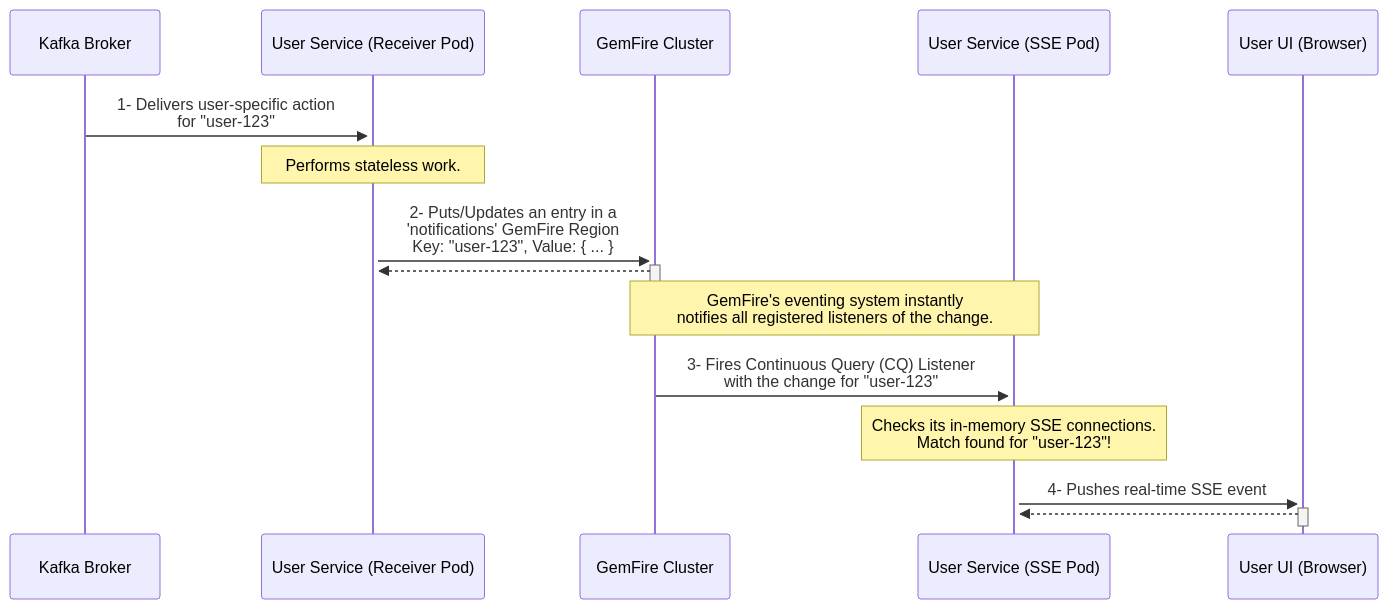
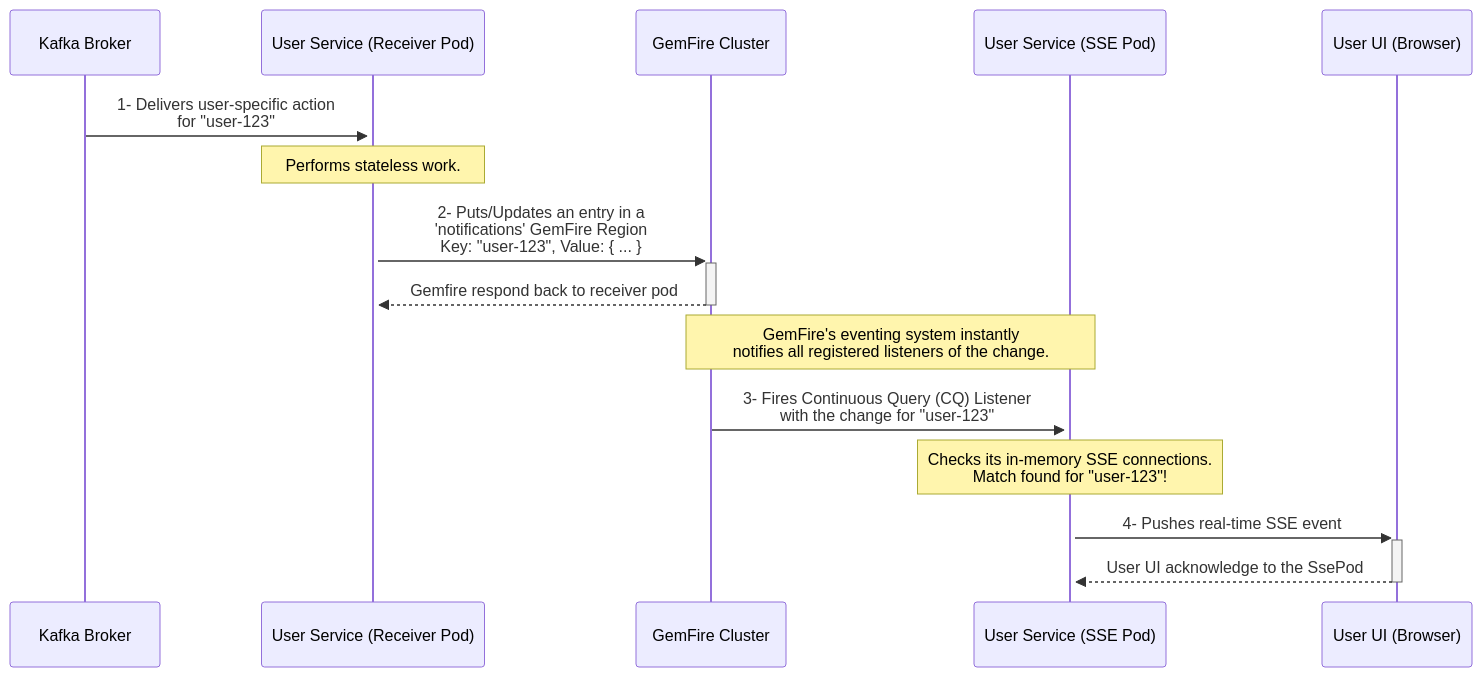
The diagram in MermaidDiagrams/seq-gemfire-stateful-fanout-(pub-sub).mmd (rsrini7/Notification-SSE-GLM-Flux), drawn with Mermaid before and after one commit. The commit also changed 5 other files, not shown here.

First line of the commit message:
docs(MermaidDiagrams): update sequence diagrams with response details

```diff
--- a/MermaidDiagrams/seq-gemfire-stateful-fanout-(pub-sub).mmd
+++ b/MermaidDiagrams/seq-gemfire-stateful-fanout-(pub-sub).mmd
@@ -1,22 +1,22 @@
 sequenceDiagram
     participant Kafka as Kafka Broker
     participant ReceiverPod as User Service (Receiver Pod)
     participant GemFire as GemFire Cluster
     participant SsePod as User Service (SSE Pod)
     participant UserUI as User UI (Browser)
 
     Kafka->>+ReceiverPod: 1- Delivers user-specific action <br/> for "user-123"
 
     Note over ReceiverPod: Performs stateless work.
 
     ReceiverPod->>+GemFire: 2- Puts/Updates an entry in a <br/> 'notifications' GemFire Region <br/> Key: "user-123", Value: { ... }
-    GemFire-->>-ReceiverPod:
+    GemFire-->>-ReceiverPod: Gemfire respond back to receiver pod
 
     Note over GemFire, SsePod: GemFire's eventing system instantly <br/> notifies all registered listeners of the change.
 
     GemFire->>+SsePod: 3- Fires Continuous Query (CQ) Listener <br/> with the change for "user-123"
     
     Note over SsePod: Checks its in-memory SSE connections. <br/> Match found for "user-123"!
     
     SsePod->>+UserUI: 4- Pushes real-time SSE event
-    UserUI-->>-SsePod:
+    UserUI-->>-SsePod: User UI acknowledge to the SsePod
```
